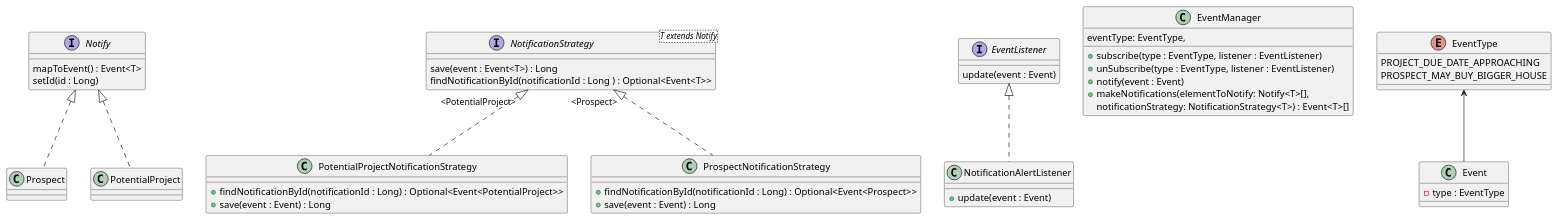
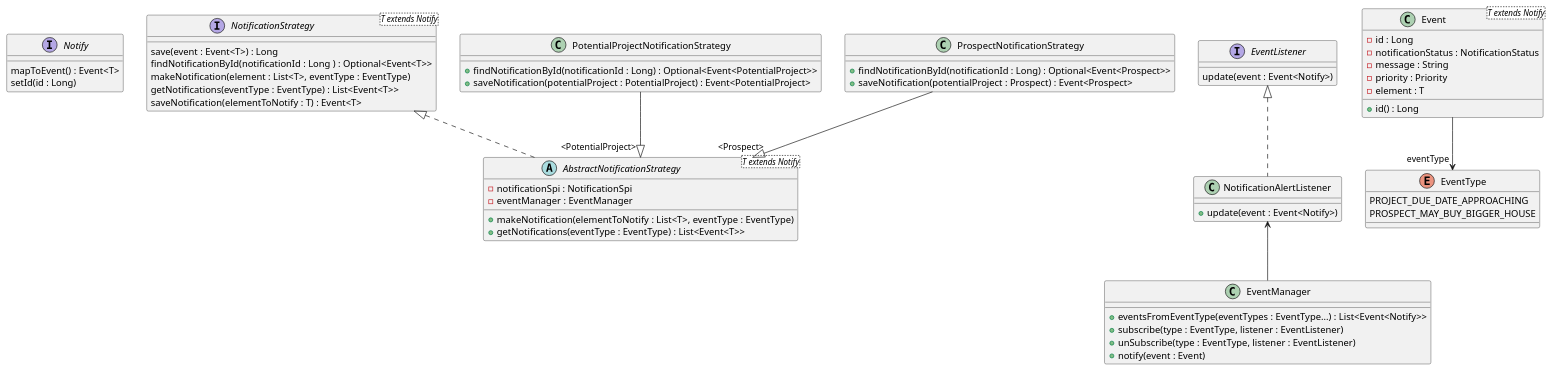
The diagram in smartimmo/src/main/java/com/gangdestrois/smartimmo/cc/EventSystemManagement.puml (FFN-Team/Smart_Immo), drawn with PlantUML before and after one commit. The commit also changed 13 other files, not shown here.

```diff
--- a/smartimmo/src/main/java/com/gangdestrois/smartimmo/cc/EventSystemManagement.puml
+++ b/smartimmo/src/main/java/com/gangdestrois/smartimmo/cc/EventSystemManagement.puml
@@ -1,53 +1,69 @@
 @startuml
 'https://plantuml.com/class-diagram
 
 interface Notify {
 mapToEvent() : Event<T>
 setId(id : Long)
 }
 interface NotificationStrategy<T extends Notify> {
 save(event : Event<T>) : Long
 findNotificationById(notificationId : Long ) : Optional<Event<T>>
+makeNotification(element : List<T>, eventType : EventType)
+getNotifications(eventType : EventType) : List<Event<T>>
+saveNotification(elementToNotify : T) : Event<T>
+}
+abstract class AbstractNotificationStrategy<T extends Notify> {
+- notificationSpi : NotificationSpi
+- eventManager : EventManager
++ makeNotification(elementToNotify : List<T>, eventType : EventType)
++ getNotifications(eventType : EventType) : List<Event<T>>
 }
 class PotentialProjectNotificationStrategy {
 + findNotificationById(notificationId : Long) : Optional<Event<PotentialProject>>
-+  save(event : Event) : Long
++ saveNotification(potentialProject : PotentialProject) : Event<PotentialProject>
 }
 class ProspectNotificationStrategy {
 + findNotificationById(notificationId : Long) : Optional<Event<Prospect>>
-+  save(event : Event) : Long
++ saveNotification(potentialProject : Prospect) : Event<Prospect>
 }
 interface EventListener {
-update(event : Event)
+update(event : Event<Notify>)
 }
 class NotificationAlertListener {
-+ update(event : Event)
++ update(event : Event<Notify>)
 }
 class EventManager {
++ eventsFromEventType(eventTypes : EventType...) : List<Event<Notify>>
 + subscribe(type : EventType, listener : EventListener)
 + unSubscribe(type : EventType, listener : EventListener)
 + notify(event : Event)
-+ makeNotifications(elementToNotify: Notify<T>[],
-                    eventType: EventType,
-                    notificationStrategy: NotificationStrategy<T>) : Event<T>[]
 }
-class Event {
-- type : EventType
+class Event<T extends Notify> {
+- id : Long
+- notificationStatus : NotificationStatus
+- message : String
+- priority : Priority
+- element : T
++ id() : Long
 }
 enum EventType{
 PROJECT_DUE_DATE_APPROACHING
 PROSPECT_MAY_BUY_BIGGER_HOUSE
 }
-class Prospect {
-}
-class PotentialProject {
-}
 
+NotificationStrategy <|.. AbstractNotificationStrategy
+PotentialProjectNotificationStrategy --|> "<PotentialProject>" AbstractNotificationStrategy
+ProspectNotificationStrategy --|> "<Prospect>" AbstractNotificationStrategy
 EventListener <|.. NotificationAlertListener
+Event --> "eventType" EventType
+NotificationAlertListener <-- EventManager
+
+
+/'EventListener <|.. NotificationAlertListener
 EventType <-- Event
 NotificationStrategy "<PotentialProject>" <|.. PotentialProjectNotificationStrategy
 NotificationStrategy "<Prospect>" <|.. ProspectNotificationStrategy
 Notify <|.. Prospect
-Notify <|.. PotentialProject
+Notify <|.. PotentialProject'/
 
 @enduml
```
